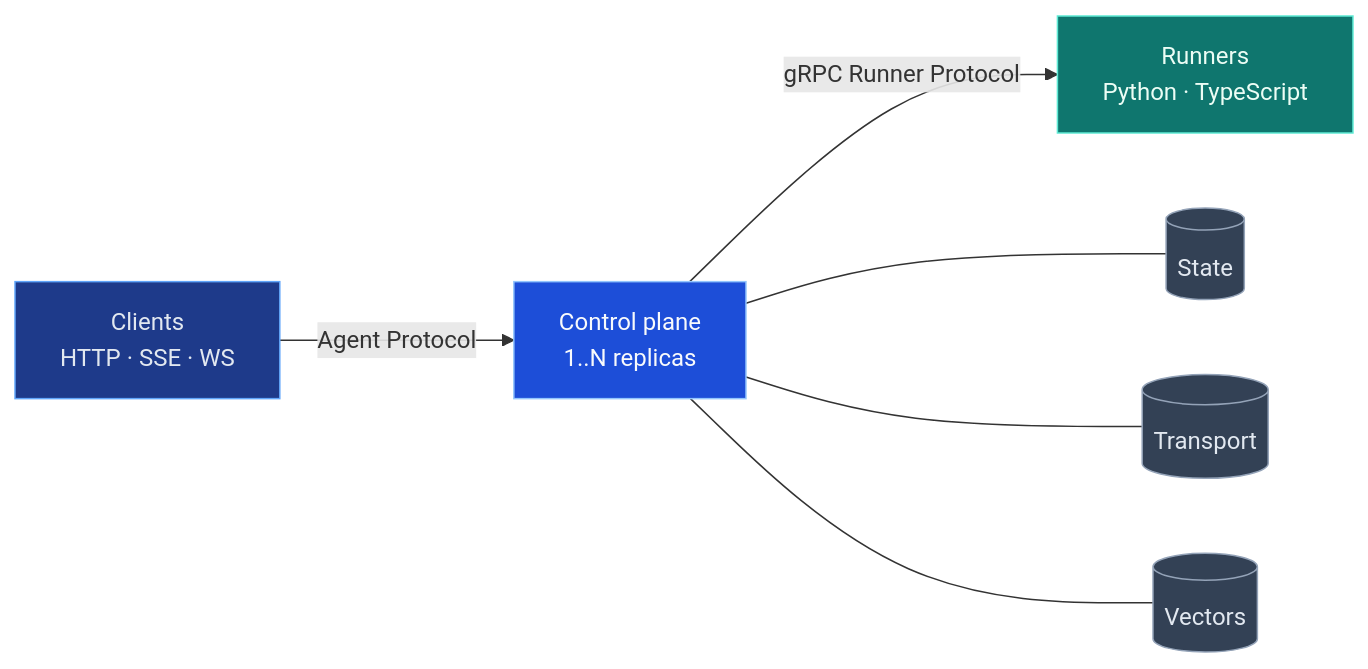
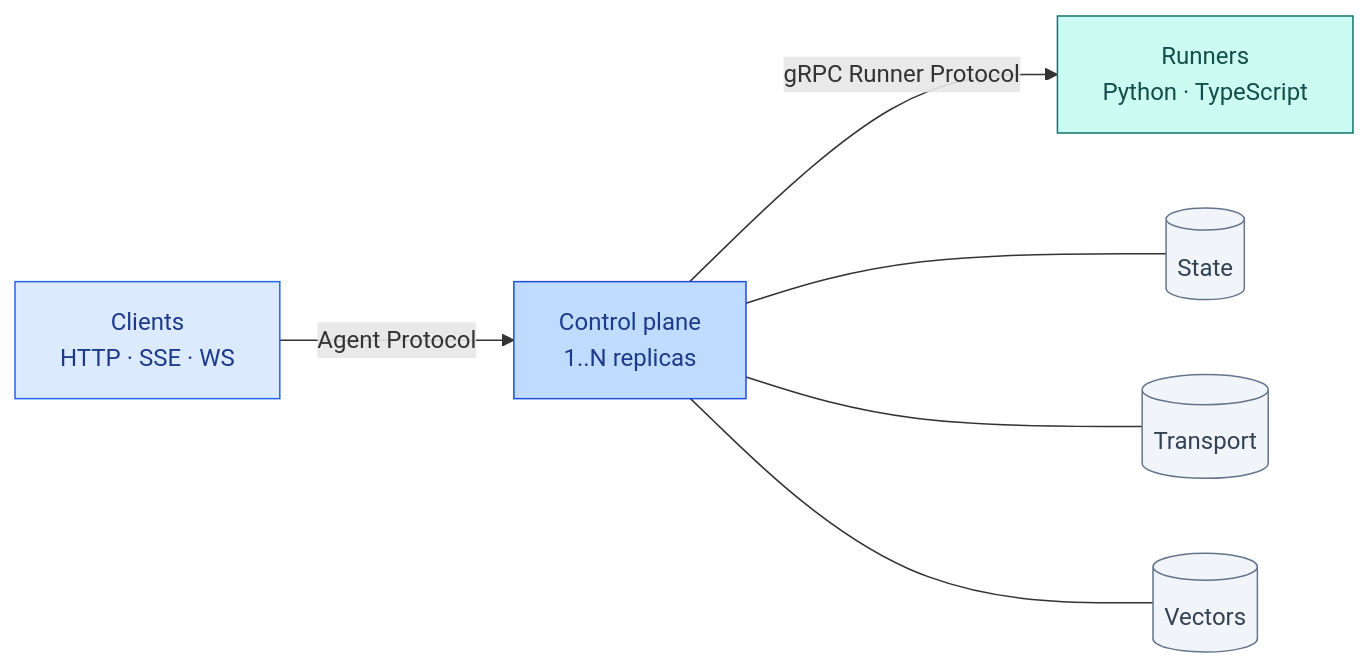
One commit to getrunkite/runkite changed the first of 2 diagrams in README.md. Above: the diagram before and after it, drawn with Mermaid. The commit also changed other lines of this file and 4 other files, not shown here.

First line of the commit message:
Fix README visuals: PNG ecosystem map and lighter Mermaid colors.

````diff
--- a/README.md
+++ b/README.md
@@ -50,20 +50,20 @@
 ```mermaid
 flowchart LR
-  classDef client fill:#1e3a8a,stroke:#60a5fa,color:#e2e8f0
-  classDef cp fill:#1d4ed8,stroke:#93c5fd,color:#f8fafc
-  classDef runner fill:#0f766e,stroke:#5eead4,color:#ecfdf5
-  classDef store fill:#334155,stroke:#94a3b8,color:#e2e8f0
+  classDef client fill:#DBEAFE,stroke:#2563EB,color:#1E3A8A
+  classDef cp fill:#BFDBFE,stroke:#1D4ED8,color:#1E3A8A
+  classDef runner fill:#CCFBF1,stroke:#0F766E,color:#134E4A
+  classDef store fill:#F1F5F9,stroke:#64748B,color:#334155
 
   C[Clients<br/>HTTP · SSE · WS]:::client
   CP[Control plane<br/>1..N replicas]:::cp
   R[Runners<br/>Python · TypeScript]:::runner
   S[(State)]:::store
   T[(Transport)]:::store
   V[(Vectors)]:::store
 
   C -->|Agent Protocol| CP
   CP -->|gRPC Runner Protocol| R
   CP --- S
   CP --- T
   CP --- V
 ```
````
